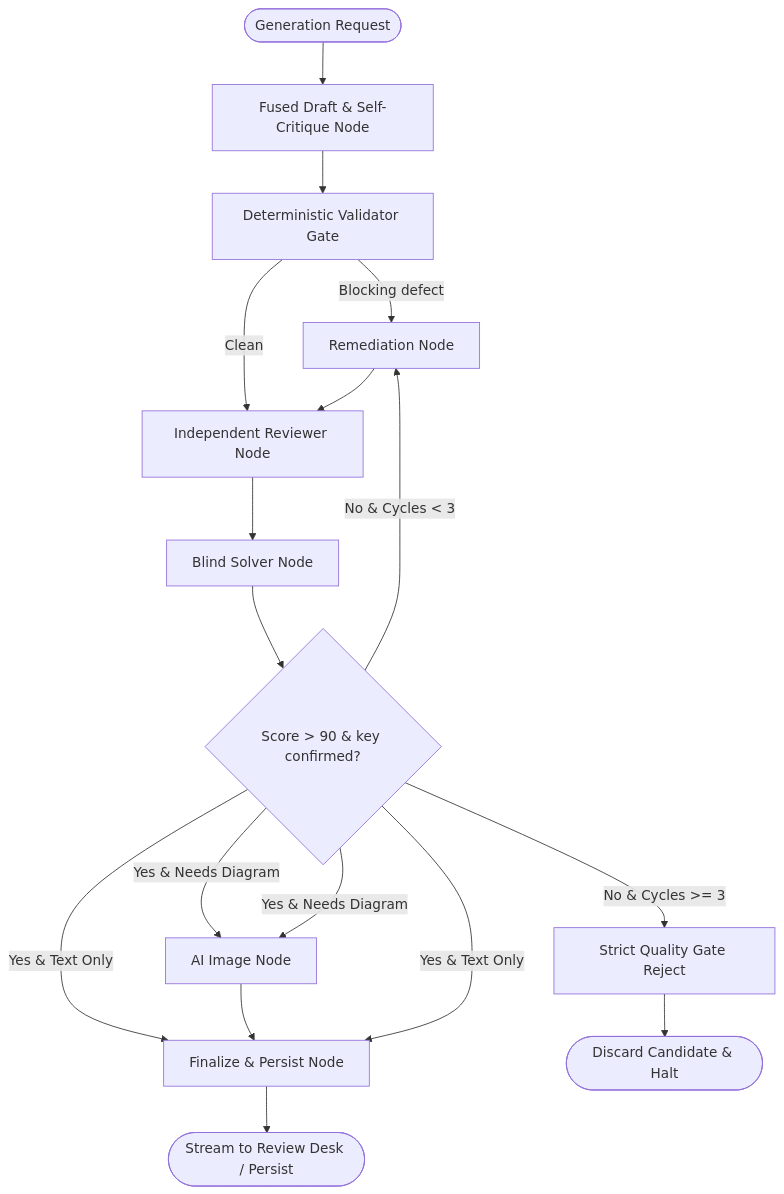
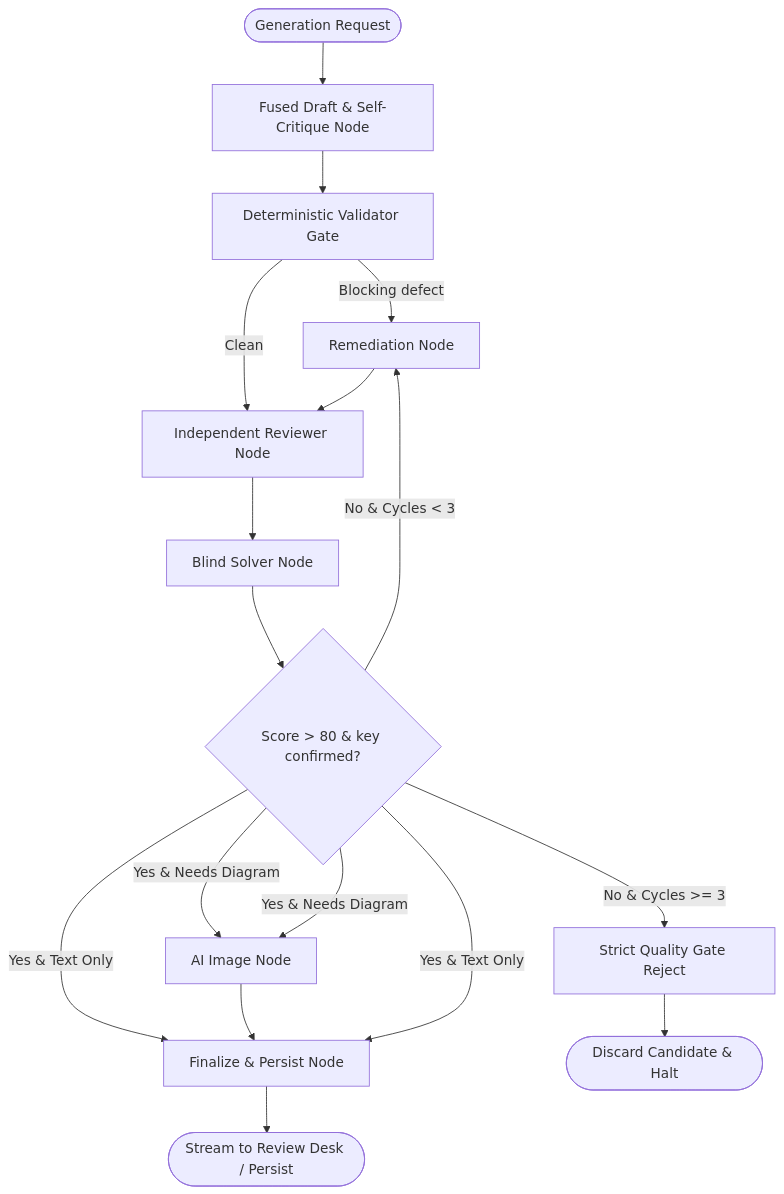
Before and after one commit to VishwamPatel-Infynno/Question-Bank-Generator: the diagram in backend/README.md, drawn with Mermaid. The commit also changed other lines of this file and 121 other files, not shown here.

First line of the commit message:
refactor: modernize architecture, add prometheus telemetry, optimize caching, and enforce 100% type purity

````diff
--- a/backend/README.md
+++ b/backend/README.md
@@ -150,21 +153,21 @@
 ```mermaid
 graph TD
     Start([Generation Request]) --> NodeFused[Fused Draft & Self-Critique Node]
     
     NodeFused --> Gate[Deterministic Validator Gate]
     Gate -->|Blocking defect| NodeRegen[Remediation Node]
     Gate -->|Clean| NodeRev[Independent Reviewer Node]
     NodeRev --> Solver[Blind Solver Node]
-    Solver --> ScoreCheck{Score > 90 & key confirmed?}
+    Solver --> ScoreCheck{Score > 80 & key confirmed?}
     ScoreCheck -->|Yes & Needs Diagram| NodeImg[AI Image Node]
     ScoreCheck -->|Yes & Text Only| NodeFin[Finalize & Persist Node]
     NodeImg --> NodeFin
     NodeRegen --> NodeRev
     ScoreCheck -->|Yes & Needs Diagram| NodeImg
     ScoreCheck -->|Yes & Text Only| NodeFin
     ScoreCheck -->|No & Cycles < 3| NodeRegen
     ScoreCheck -->|No & Cycles >= 3| NodeReject[Strict Quality Gate Reject]
     
     NodeReject --> Discard([Discard Candidate & Halt])
     NodeFin --> Success([Stream to Review Desk / Persist])
 ```
````
